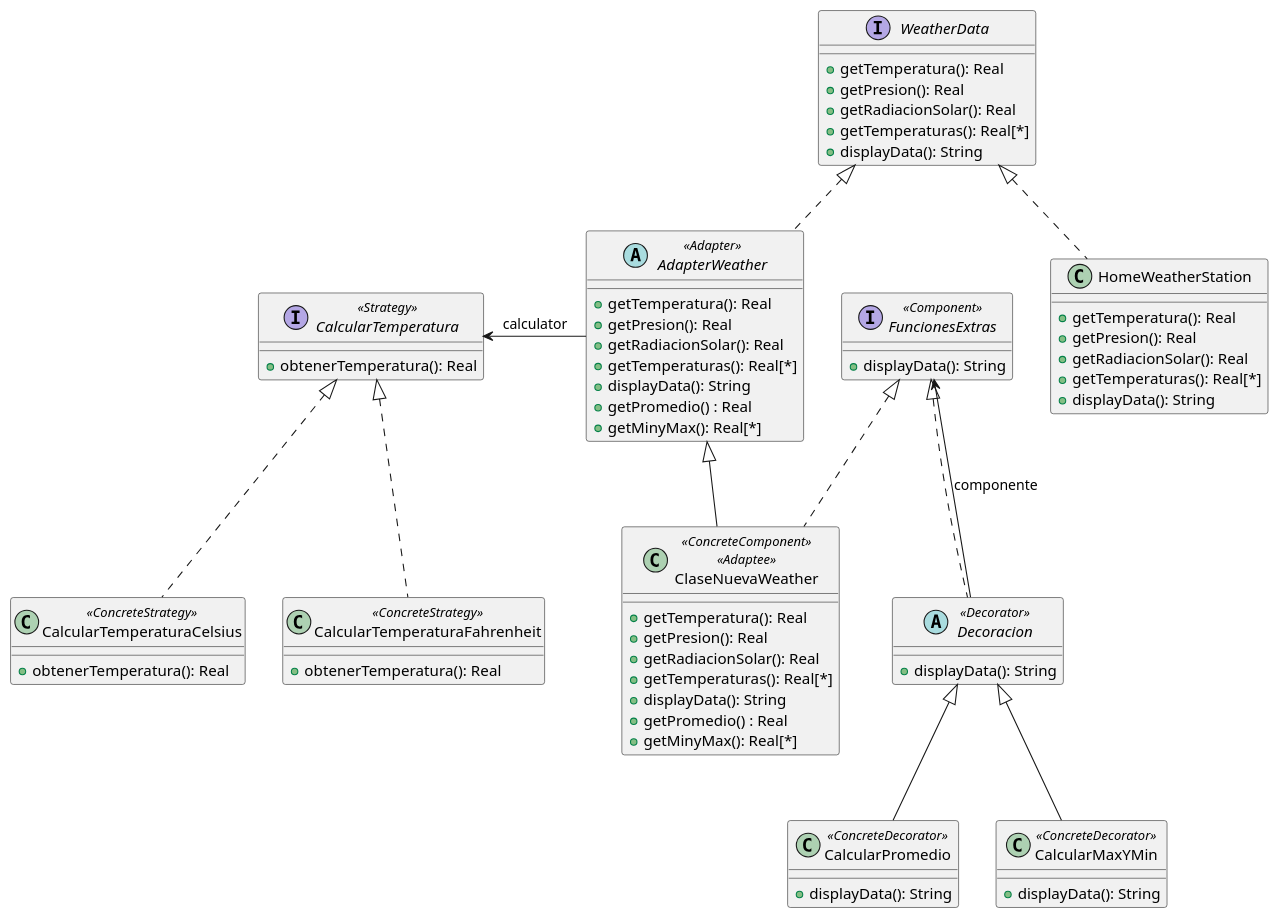
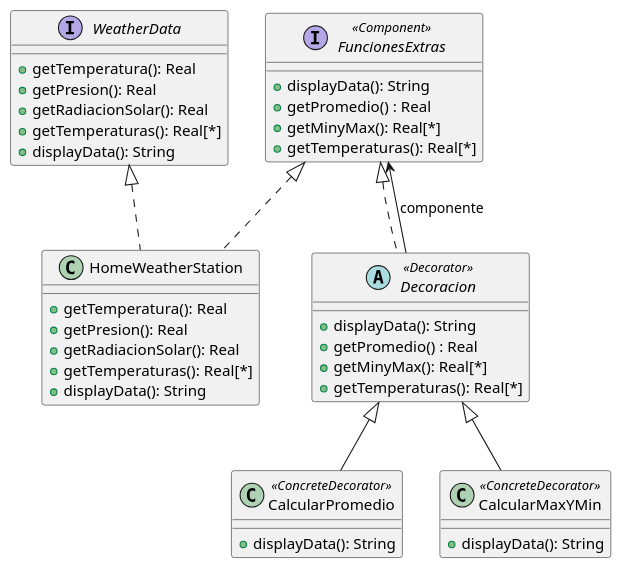
The diagram in Objetos 2/UMLs/Ejercicio19Patrones.puml (BautistaMarquez/Tercero-PrimerCuatrimestre), drawn with PlantUML before and after one commit. The commit also changed 4 other files, not shown here.

```diff
--- a/Objetos 2/UMLs/Ejercicio19Patrones.puml
+++ b/Objetos 2/UMLs/Ejercicio19Patrones.puml
@@ -1,87 +1,52 @@
 @startuml Ejercicio19 
 'Realmente lo estoy pensando pero es que nose
 'Vuelvo aca para decir que sigo sin entenderlo. Osea o es un Adapter que ademas implementa mensajes nuevos, lo cual nose si esta bien. O sino realmente nose, proxy no tiene sentido y decorator entiendo que tampoco pq si fuera que solo es displayData se le podria concatenar lo que este retorne en el display data pero no tiene sentido. Comoposite no tiene sentido tampoco, Strategy? Entiendo que tampoco pq encima dijimos que el HomeWeatherStation no se puede modificar. 
 
-WeatherData <|.. AdapterWeather
 WeatherData <|.. HomeWeatherStation
-
-AdapterWeather <|-- ClaseNuevaWeather
-
-CalcularTemperatura <- AdapterWeather : calculator
-CalcularTemperatura <|.. CalcularTemperaturaCelsius
-CalcularTemperatura <|.. CalcularTemperaturaFahrenheit
-
-
 FuncionesExtras <|.. Decoracion
 FuncionesExtras <-- Decoracion : componente
-FuncionesExtras <|.. ClaseNuevaWeather
+FuncionesExtras <|.. HomeWeatherStation
 Decoracion <|-- CalcularPromedio
 Decoracion <|-- CalcularMaxYMin
 
 
 interface WeatherData{
     +getTemperatura(): Real 
     +getPresion(): Real 
     +getRadiacionSolar(): Real 
     +getTemperaturas(): Real[*]
     +displayData(): String    
 }
 
-abstract class AdapterWeather <<Adapter>>{
-    +getTemperatura(): Real 
-    +getPresion(): Real 
-    +getRadiacionSolar(): Real 
-    +getTemperaturas(): Real[*]
-    +displayData(): String   
-    +getPromedio() : Real 
-    +getMinyMax(): Real[*]
-}
-
-class ClaseNuevaWeather <<ConcreteComponent>> <<Adaptee>>{
-    +getTemperatura(): Real 
-    +getPresion(): Real 
-    +getRadiacionSolar(): Real 
-    +getTemperaturas(): Real[*]
-    +displayData(): String 
-    +getPromedio() : Real 
-    +getMinyMax(): Real[*]
-}
-
 class  HomeWeatherStation{
     +getTemperatura(): Real 
     +getPresion(): Real 
     +getRadiacionSolar(): Real 
     +getTemperaturas(): Real[*]
     +displayData(): String 
 }
 
-interface CalcularTemperatura <<Strategy>>{
-    +obtenerTemperatura(): Real 
-}
-
-class CalcularTemperaturaCelsius <<ConcreteStrategy>>{
-    +obtenerTemperatura(): Real 
-}
-
-class CalcularTemperaturaFahrenheit <<ConcreteStrategy>>{
-    +obtenerTemperatura(): Real 
-}
-
+'Esta interface siento me queda rara aca, pq encima logicamente es raro que entienda displayData. Consultar.
 interface FuncionesExtras <<Component>>{
     +displayData(): String 
+    +getPromedio() : Real 
+    +getMinyMax(): Real[*]
+    +getTemperaturas(): Real[*]
 }
 'O estos solamente tienen el displayData, el tema es que sino me pasa como con el 18 que nose como hago para utilizar los getters de la otra clase. En este caso seria el metodo pero bueno es lo mismo.
 abstract class Decoracion <<Decorator>>{
     +displayData(): String 
+    +getPromedio() : Real 
+    +getMinyMax(): Real[*]
+    +getTemperaturas(): Real[*]
 }
-'Esto se puede hacer? y el metodo que no usan queda vacio.
 class CalcularPromedio <<ConcreteDecorator>>{
     +displayData(): String 
 }
 
 class CalcularMaxYMin <<ConcreteDecorator>>{
     +displayData(): String 
 }
 
 
 @enduml
```
